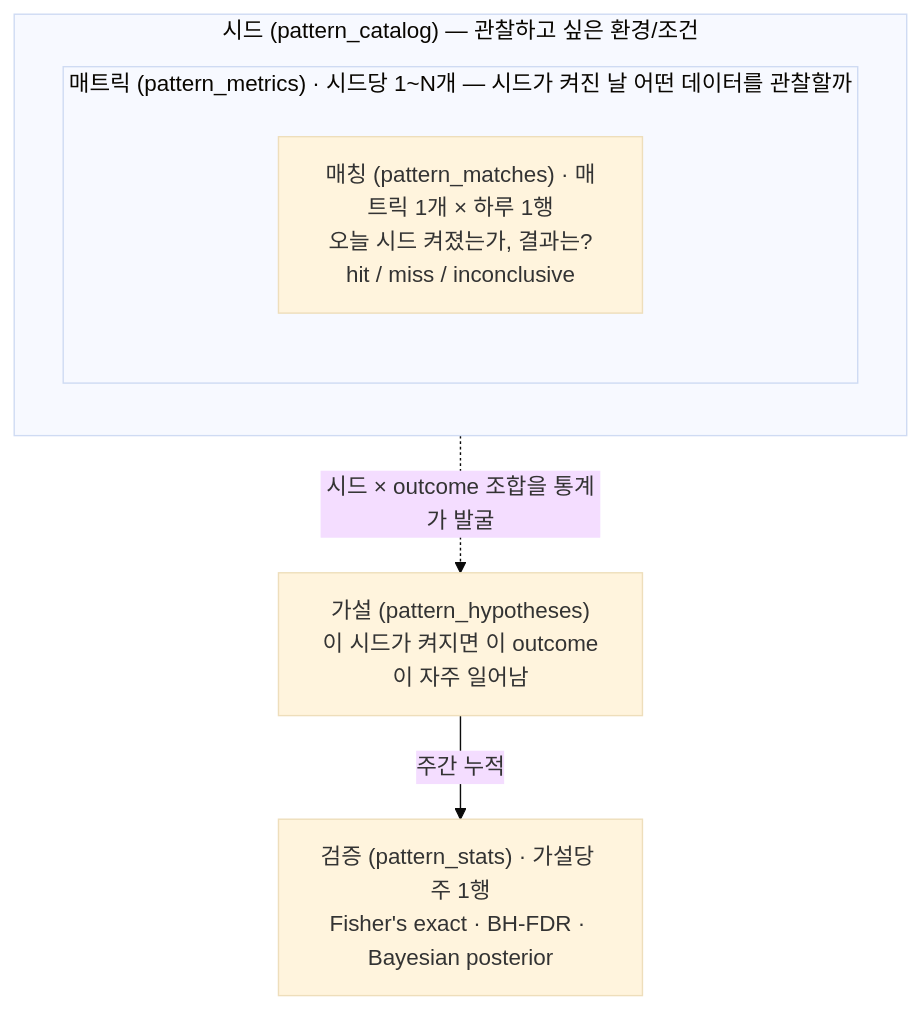
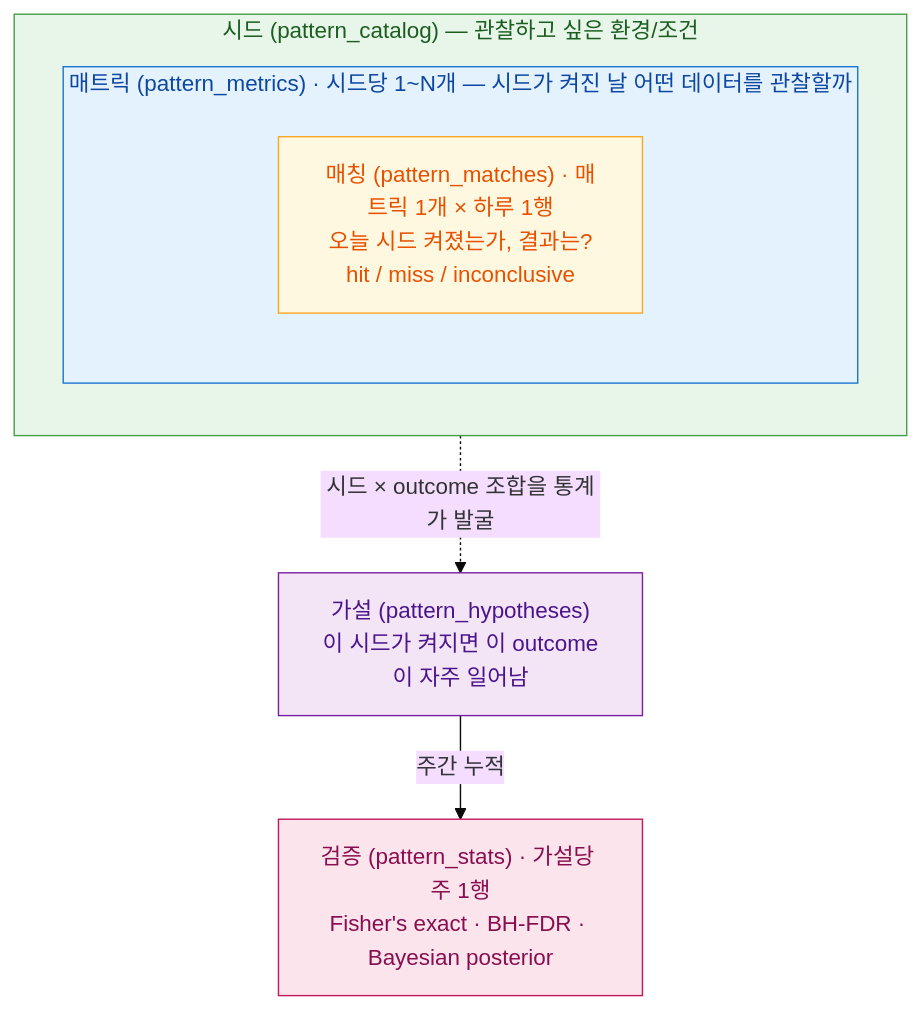
Before and after one commit to hyewon3938/slack-ai-agents: the second of 9 diagrams in docs/explainers/insight-v2.md, drawn with Mermaid (base theme). The commit also changed other lines of this file, not shown here.

````diff
--- a/docs/explainers/insight-v2.md
+++ b/docs/explainers/insight-v2.md
@@ -121,16 +126,27 @@
 ```mermaid
 flowchart TB
   subgraph SEED["시드 (pattern_catalog) — 관찰하고 싶은 환경/조건"]
     direction TB
     subgraph METRIC["매트릭 (pattern_metrics) · 시드당 1~N개 — 시드가 켜진 날 어떤 데이터를 관찰할까"]
       direction TB
       MATCH["매칭 (pattern_matches) · 매트릭 1개 × 하루 1행<br/>오늘 시드 켜졌는가, 결과는?<br/>hit / miss / inconclusive"]
     end
   end
 
   HYP["가설 (pattern_hypotheses)<br/>이 시드가 켜지면 이 outcome이 자주 일어남"]
   VER["검증 (pattern_stats) · 가설당 주 1행<br/>Fisher's exact · BH-FDR · Bayesian posterior"]
 
   SEED -. 시드 × outcome 조합을 통계가 발굴 .-> HYP
   HYP -- 주간 누적 --> VER
+
+  classDef seedBox fill:#e8f5e9,stroke:#43a047,color:#1b5e20
+  classDef metricBox fill:#e3f2fd,stroke:#1976d2,color:#0d47a1
+  classDef matchNode fill:#fff8e1,stroke:#f9a825,color:#e65100
+  classDef hypothesisNode fill:#f3e5f5,stroke:#7b1fa2,color:#4a148c
+  classDef verifyNode fill:#fce4ec,stroke:#c2185b,color:#880e4f
+  class SEED seedBox
+  class METRIC metricBox
+  class MATCH matchNode
+  class HYP hypothesisNode
+  class VER verifyNode
 ```
````
